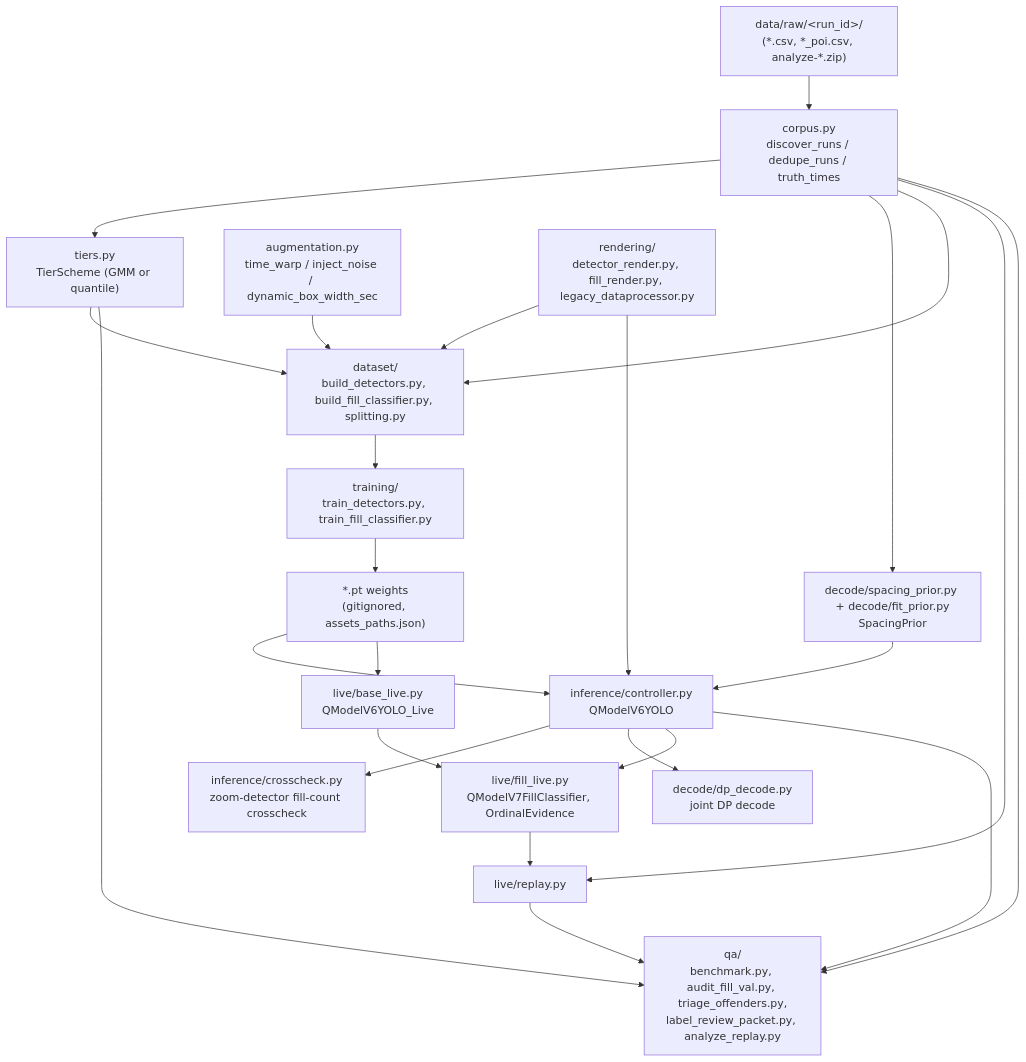
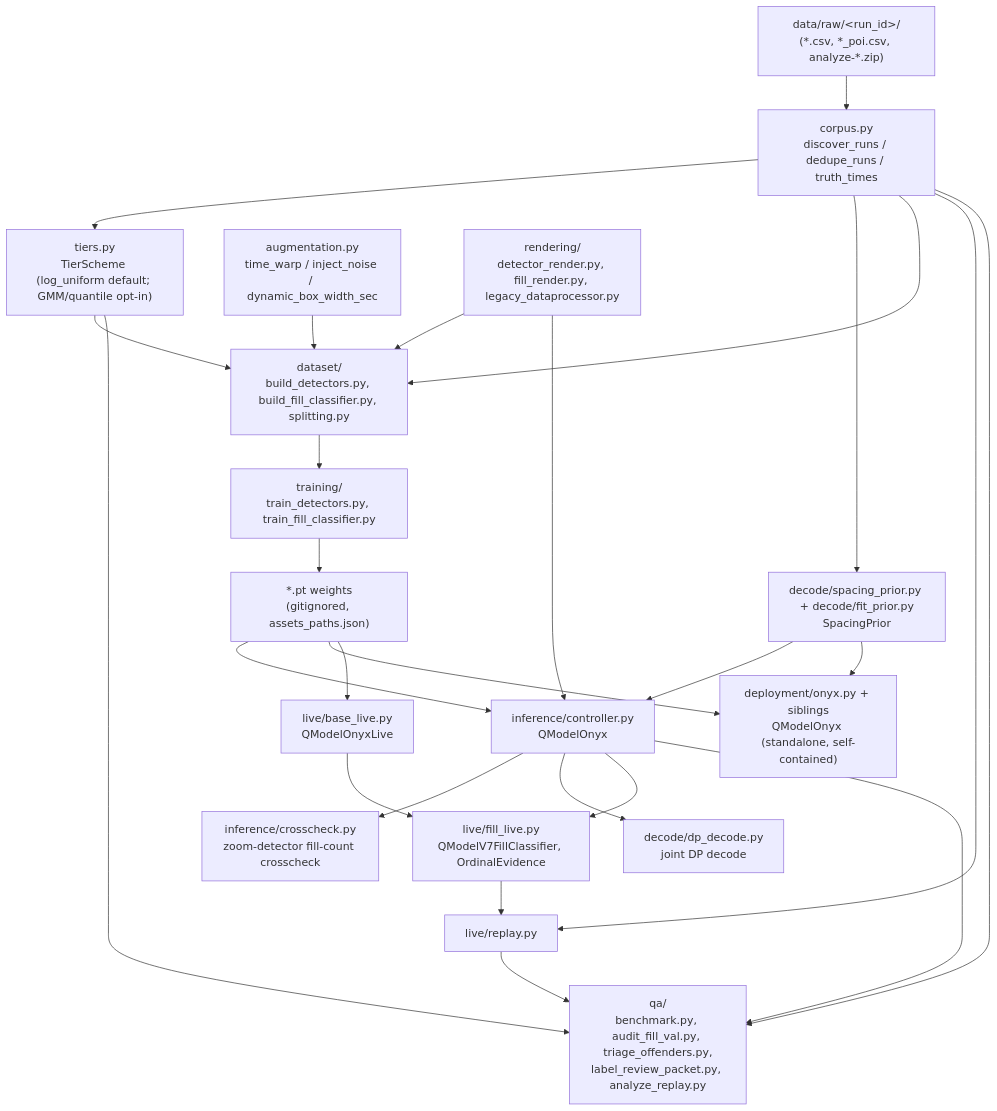
The diagram in ARCHITECTURE.md (QATCH-Technologies/QATCH-ML), drawn with Mermaid before and after one commit. The commit also changed other lines of this file and 50 other files, not shown here.

````diff
--- a/ARCHITECTURE.md
+++ b/ARCHITECTURE.md
@@ -5,43 +5,46 @@
 ```mermaid
 flowchart TB
     raw["data/raw/&lt;run_id&gt;/\n(*.csv, *_poi.csv, analyze-*.zip)"]
     corpus["corpus.py\ndiscover_runs / dedupe_runs / truth_times"]
-    tiers["tiers.py\nTierScheme (GMM or quantile)"]
+    tiers["tiers.py\nTierScheme (log_uniform default; GMM/quantile opt-in)"]
     prior["decode/spacing_prior.py + decode/fit_prior.py\nSpacingPrior"]
     aug["augmentation.py\ntime_warp / inject_noise / dynamic_box_width_sec"]
     render["rendering/\ndetector_render.py, fill_render.py, legacy_dataprocessor.py"]
     dsbuild["dataset/\nbuild_detectors.py, build_fill_classifier.py, splitting.py"]
     train["training/\ntrain_detectors.py, train_fill_classifier.py"]
     weights["*.pt weights\n(gitignored, assets_paths.json)"]
-    controller["inference/controller.py\nQModelV6YOLO"]
+    controller["inference/controller.py\nQModelOnyx"]
     crosscheck["inference/crosscheck.py\nzoom-detector fill-count crosscheck"]
     decode["decode/dp_decode.py\njoint DP decode"]
-    livebase["live/base_live.py\nQModelV6YOLO_Live"]
+    deployment["deployment/onyx.py + siblings\nQModelOnyx (standalone, self-contained)"]
+    livebase["live/base_live.py\nQModelOnyxLive"]
     fillive["live/fill_live.py\nQModelV7FillClassifier, OrdinalEvidence"]
     replay["live/replay.py"]
     qa["qa/\nbenchmark.py, audit_fill_val.py, triage_offenders.py,\nlabel_review_packet.py, analyze_replay.py"]
 
     raw --> corpus
     corpus --> tiers
     corpus --> prior
     corpus --> dsbuild
     aug --> dsbuild
     render --> dsbuild
     tiers --> dsbuild
     dsbuild --> train
     train --> weights
     weights --> controller
     prior --> controller
     render --> controller
     controller --> crosscheck
     controller --> decode
+    weights --> deployment
+    prior --> deployment
     weights --> livebase
     livebase --> fillive
     controller --> fillive
     fillive --> replay
     corpus --> replay
     controller --> qa
     corpus --> qa
     replay --> qa
     tiers --> qa
 ```
````
